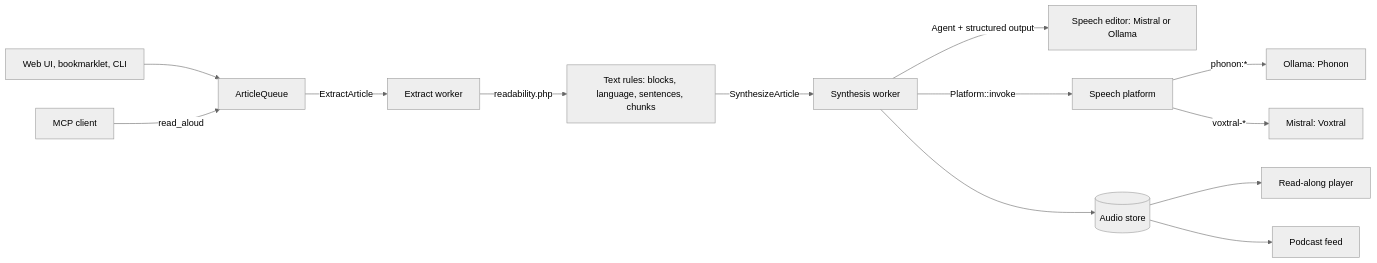
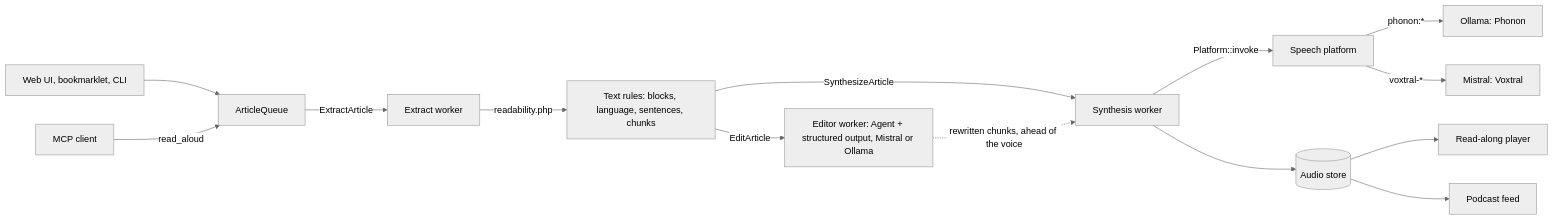
Before and after one commit to welcoMattic/crieur: the diagram in README.md, drawn with Mermaid (neutral theme). The commit also changed other lines of this file and 10 other files, not shown here.

First line of the commit message:
Run the speech editor in its own worker, ahead of the voice

````diff
--- a/README.md
+++ b/README.md
@@ -107,15 +107,16 @@
 ```mermaid
 flowchart LR
     U[Web UI, bookmarklet, CLI] --> Q[ArticleQueue]
     M[MCP client] -->|read_aloud| Q
     Q -->|ExtractArticle| X[Extract worker]
     X -->|readability.php| T[Text rules: blocks, language, sentences, chunks]
+    T -->|EditArticle| E[Editor worker: Agent + structured output, Mistral or Ollama]
     T -->|SynthesizeArticle| S[Synthesis worker]
-    S -->|Agent + structured output| E[Speech editor: Mistral or Ollama]
+    E -.->|rewritten chunks, ahead of the voice| S
     S -->|Platform::invoke| P[Speech platform]
     P -->|phonon:*| O[Ollama: Phonon]
     P -->|voxtral-*| V[Mistral: Voxtral]
     S --> A[(Audio store)]
     A --> PL[Read-along player]
     A --> F[Podcast feed]
 ```
````
